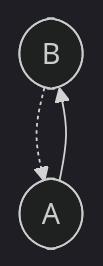
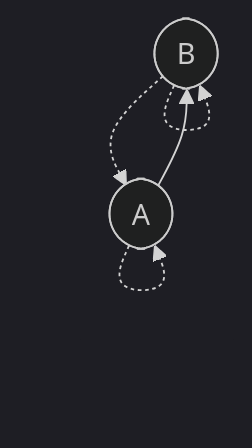
Before and after one commit to stepchowfun/proofs: the tenth of 21 diagrams in proofs/AdmissibilityGraph/README.md, drawn with Mermaid (dark theme). The commit also changed other lines of this file, not shown here.

Commit message:
Add some common admissibility graph patterns

````diff
--- a/proofs/AdmissibilityGraph/README.md
+++ b/proofs/AdmissibilityGraph/README.md
@@ -174,8 +183,11 @@
 ```mermaid
 flowchart TD
   b([B])
   a([A])
 
+  a -.-> a
+  b -.-> b
   b -.-> a
+
   a --> b
 ```
````
